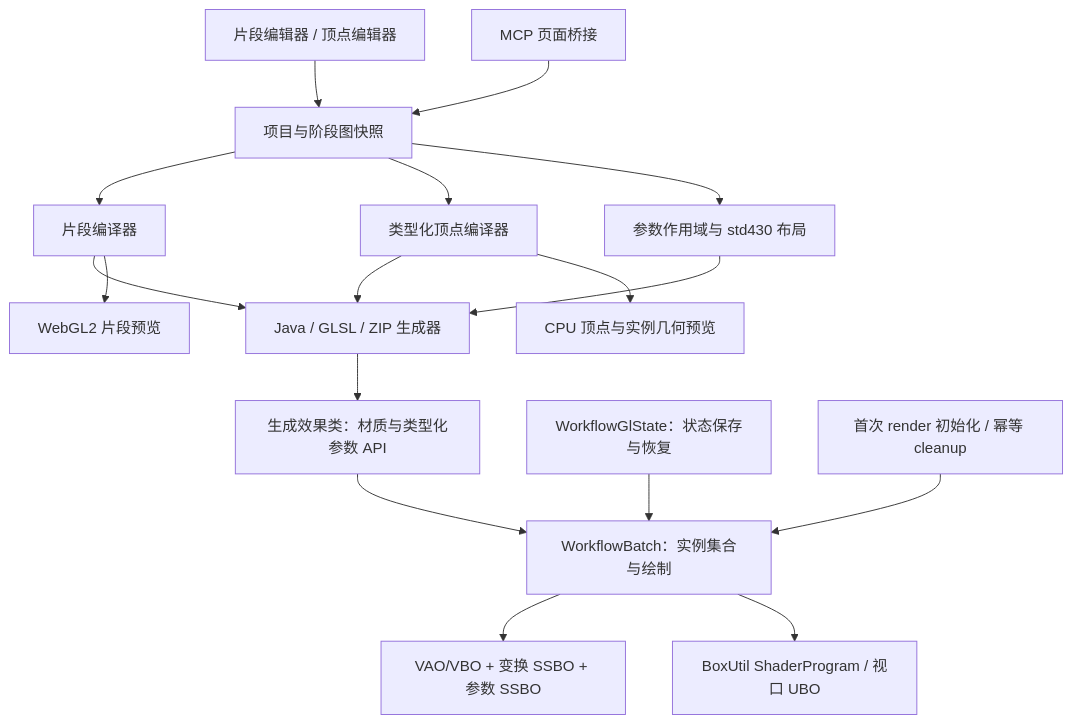
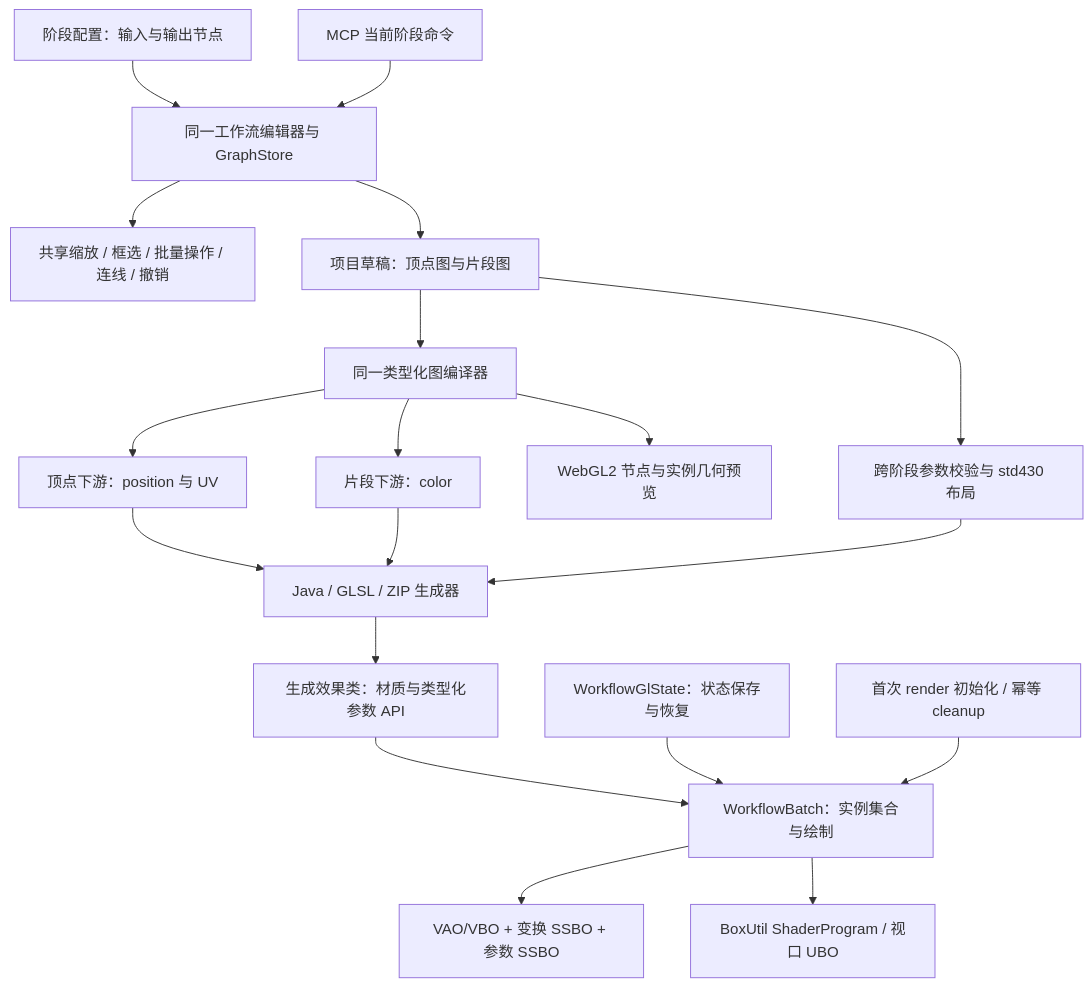
One commit to Eb-Ling/MengGodWorkflowStudio changed the diagram in README.md. Above: the diagram before and after it, drawn with Mermaid. The commit also changed other lines of this file and 27 other files, not shown here.

````diff
--- a/README.md
+++ b/README.md
@@ -80,19 +90,21 @@
 ```mermaid
 flowchart TD
-    Editor[片段编辑器 / 顶点编辑器] --> Draft[项目与阶段图快照]
-    MCP[MCP 页面桥接] --> Draft
-    Draft --> FC[片段编译器]
-    Draft --> VC[类型化顶点编译器]
-    Draft --> ABI[参数作用域与 std430 布局]
-    FC --> Export[Java / GLSL / ZIP 生成器]
-    VC --> Export
+    Stage[阶段配置：输入与输出节点] --> Editor[同一工作流编辑器与 GraphStore]
+    Editor --> Canvas[共享缩放 / 框选 / 批量操作 / 连线 / 撤销]
+    Editor --> Draft[项目草稿：顶点图与片段图]
+    MCP[MCP 当前阶段命令] --> Editor
+    Draft --> Compiler[同一类型化图编译器]
+    Compiler --> VS[顶点下游：position 与 UV]
+    Compiler --> FS[片段下游：color]
+    Draft --> ABI[跨阶段参数校验与 std430 布局]
+    VS --> Export[Java / GLSL / ZIP 生成器]
+    FS --> Export
     ABI --> Export
-    FC --> Preview[WebGL2 片段预览]
-    VC --> Geometry[CPU 顶点与实例几何预览]
+    Compiler --> Preview[WebGL2 节点与实例几何预览]
     Export --> Effect[生成效果类：材质与类型化参数 API]
     Effect --> Batch[WorkflowBatch：实例集合与绘制]
     Batch --> Buffers[VAO/VBO + 变换 SSBO + 参数 SSBO]
     Batch --> Box[BoxUtil ShaderProgram / 视口 UBO]
     Guard[WorkflowGlState：状态保存与恢复] --> Batch
     Lifecycle[首次 render 初始化 / 幂等 cleanup] --> Batch
 ```
````
